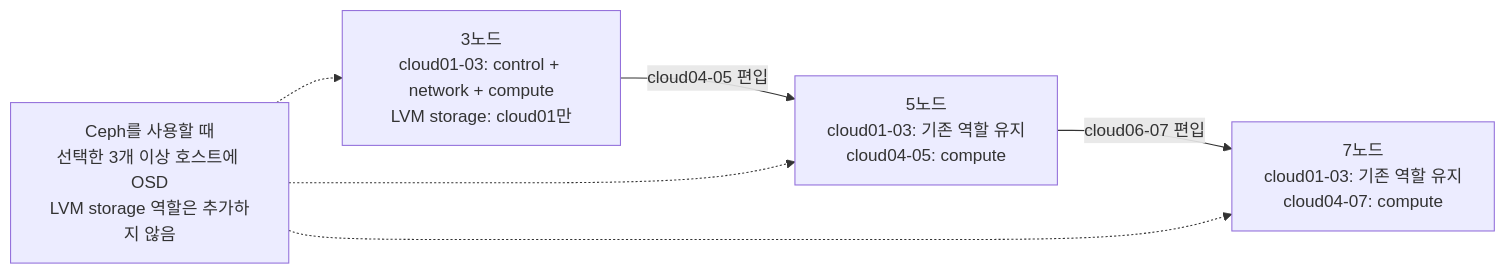
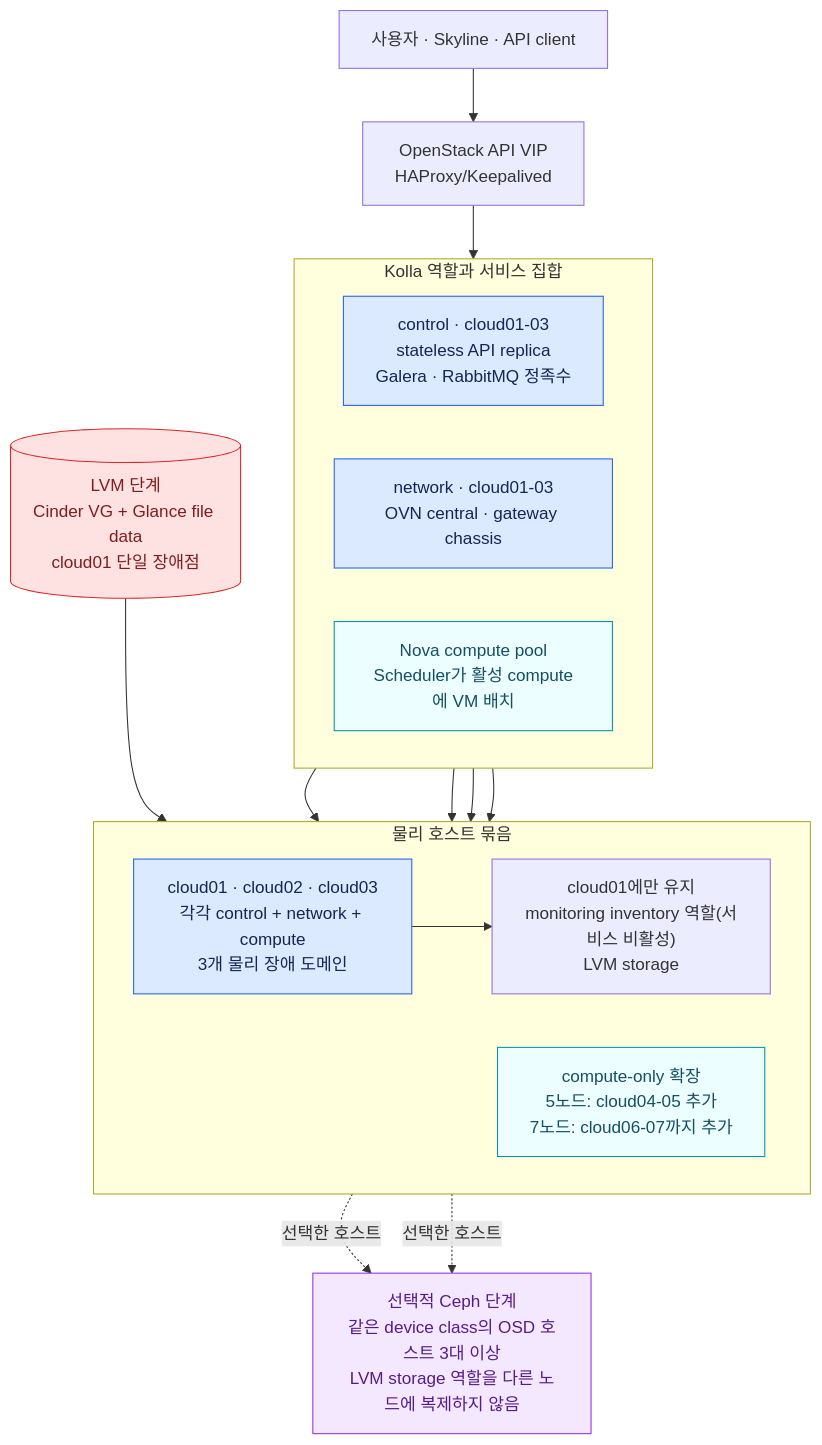
The first of 2 diagrams in docs/three-node-expansion.md (overture-1928/Infra), drawn with Mermaid before and after one commit. The commit also changed other lines of this file and 5 other files, not shown here.

Commit message:
Detail OpenStack architecture diagrams

````diff
--- a/docs/three-node-expansion.md
+++ b/docs/three-node-expansion.md
@@ -33,13 +34,40 @@
 ```mermaid
-flowchart LR
-    N3["3노드<br/>cloud01-03: control + network + compute<br/>LVM storage: cloud01만"]
-    N5["5노드<br/>cloud01-03: 기존 역할 유지<br/>cloud04-05: compute"]
-    N7["7노드<br/>cloud01-03: 기존 역할 유지<br/>cloud04-07: compute"]
-    CEPH["Ceph를 사용할 때<br/>선택한 3개 이상 호스트에 OSD<br/>LVM storage 역할은 추가하지 않음"]
+flowchart TB
+    CLIENT["사용자 · Skyline · API client"] --> VIP["OpenStack API VIP<br/>HAProxy/Keepalived"]
 
-    N3 -->|cloud04-05 편입| N5
-    N5 -->|cloud06-07 편입| N7
-    CEPH -.-> N3
-    CEPH -.-> N5
-    CEPH -.-> N7
+    subgraph ROLES["Kolla 역할과 서비스 집합"]
+        direction LR
+        CONTROL["control · cloud01-03<br/>stateless API replica<br/>Galera · RabbitMQ 정족수"]
+        NET["network · cloud01-03<br/>OVN central · gateway chassis"]
+        NOVA["Nova compute pool<br/>Scheduler가 활성 compute에 VM 배치"]
+    end
+
+    subgraph PHYSICAL["물리 호스트 묶음"]
+        direction LR
+        CORE["cloud01 · cloud02 · cloud03<br/>각각 control + network + compute<br/>3개 물리 장애 도메인"]
+        EXTRA["compute-only 확장<br/>5노드: cloud04-05 추가<br/>7노드: cloud06-07까지 추가"]
+        C1LOCAL["cloud01에만 유지<br/>monitoring inventory 역할(서비스 비활성)<br/>LVM storage"]
+    end
+
+    VIP --> CONTROL
+    CONTROL --> CORE
+    NET --> CORE
+    NOVA --> CORE
+    NOVA --> EXTRA
+    CORE --> C1LOCAL
+
+    LVM[("LVM 단계<br/>Cinder VG + Glance file data<br/>cloud01 단일 장애점")] --> C1LOCAL
+
+    CEPH["선택적 Ceph 단계<br/>같은 device class의 OSD 호스트 3대 이상<br/>LVM storage 역할을 다른 노드에 복제하지 않음"]
+    CORE -.->|"선택한 호스트"| CEPH
+    EXTRA -.->|"선택한 호스트"| CEPH
+
+    classDef control fill:#dbeafe,stroke:#2563eb,color:#172554;
+    classDef compute fill:#ecfeff,stroke:#0891b2,color:#164e63;
+    classDef danger fill:#fee2e2,stroke:#dc2626,color:#7f1d1d;
+    classDef ceph fill:#f3e8ff,stroke:#9333ea,color:#581c87;
+    class CONTROL,NET,CORE control;
+    class NOVA,EXTRA compute;
+    class LVM danger;
+    class CEPH ceph;
 ```
````
